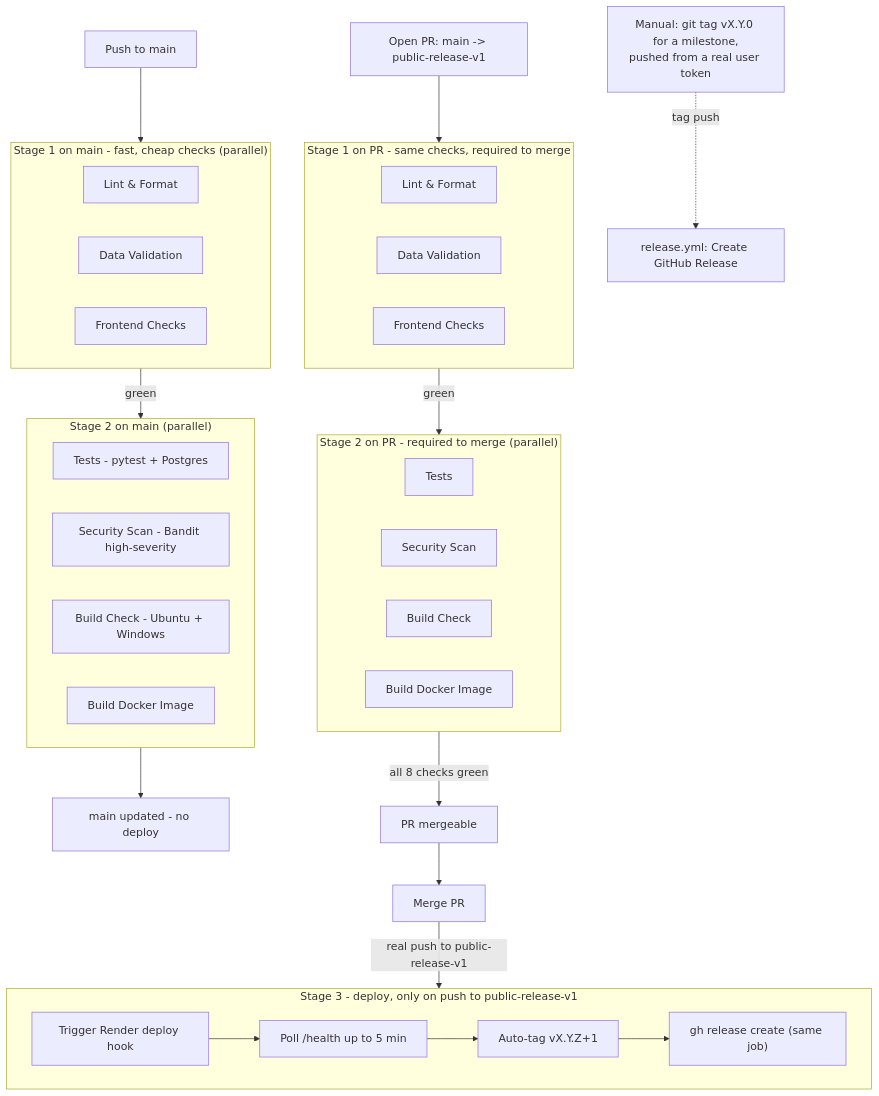
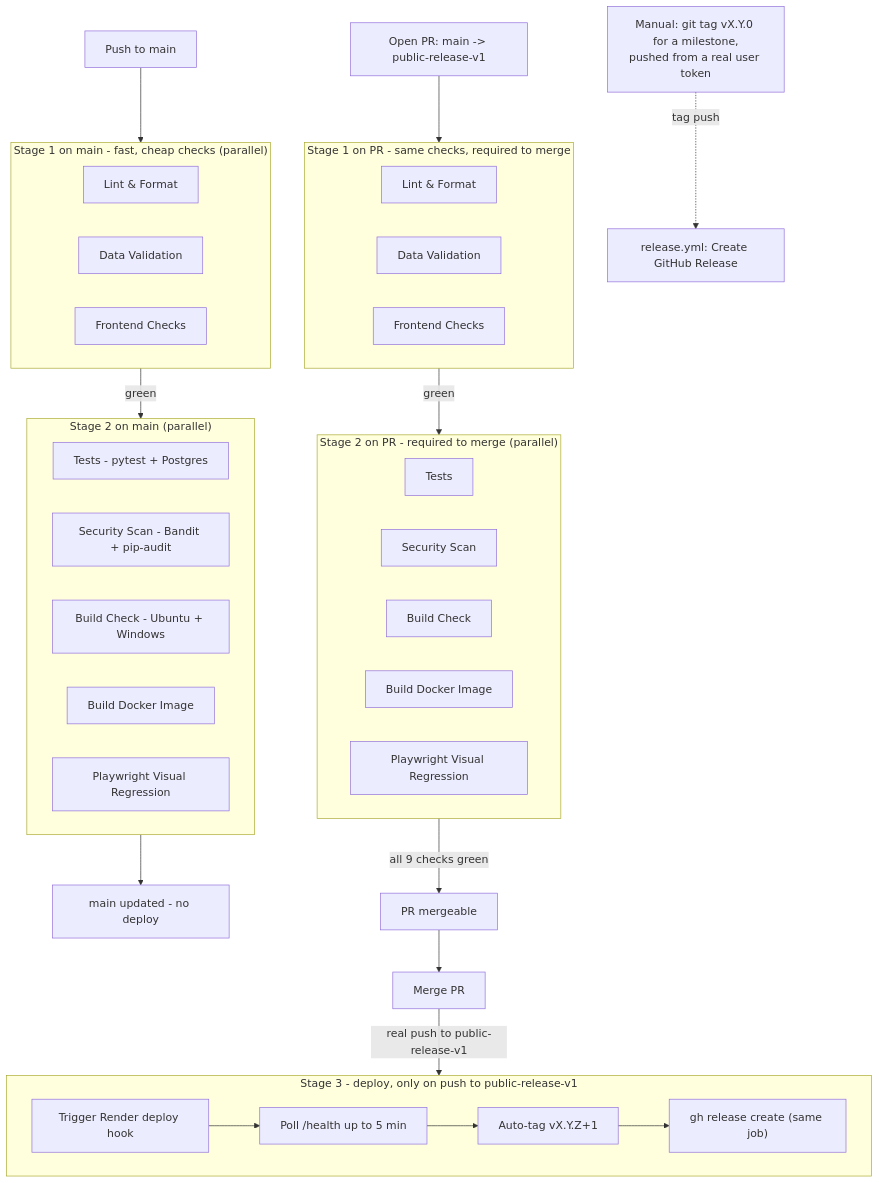
One commit to nobody174/Menu-Planner changed the diagram in docs/CI_CD_PIPELINE.md. Above: the diagram before and after it, drawn with Mermaid. The commit also changed other lines of this file and 12 other files, not shown here.

````diff
--- a/docs/CI_CD_PIPELINE.md
+++ b/docs/CI_CD_PIPELINE.md
@@ -14,50 +17,52 @@
 ```mermaid
 flowchart TD
     pushmain["Push to main"] --> stage1
     openpr["Open PR: main -> public-release-v1"] --> stage1pr
 
     subgraph stage1["Stage 1 on main - fast, cheap checks (parallel)"]
         lint1["Lint & Format"]
         data1["Data Validation"]
         frontend1["Frontend Checks"]
     end
 
     subgraph stage1pr["Stage 1 on PR - same checks, required to merge"]
         lint2["Lint & Format"]
         data2["Data Validation"]
         frontend2["Frontend Checks"]
     end
 
     stage1 -->|green| stage2
     stage1pr -->|green| stage2pr
 
     subgraph stage2["Stage 2 on main (parallel)"]
         tests1["Tests - pytest + Postgres"]
-        security1["Security Scan - Bandit high-severity"]
+        security1["Security Scan - Bandit + pip-audit"]
         build1["Build Check - Ubuntu + Windows"]
         docker1["Build Docker Image"]
+        pw1["Playwright Visual Regression"]
     end
 
     subgraph stage2pr["Stage 2 on PR - required to merge (parallel)"]
         tests2["Tests"]
         security2["Security Scan"]
         build2["Build Check"]
         docker2["Build Docker Image"]
+        pw2["Playwright Visual Regression"]
     end
 
     stage2 --> savedone["main updated - no deploy"]
-    stage2pr -->|all 8 checks green| mergeok["PR mergeable"]
+    stage2pr -->|all 9 checks green| mergeok["PR mergeable"]
 
     mergeok --> merge["Merge PR"]
     merge -->|real push to public-release-v1| stage3
 
     subgraph stage3["Stage 3 - deploy, only on push to public-release-v1"]
         deploy["Trigger Render deploy hook"]
         health["Poll /health up to 5 min"]
         tag["Auto-tag vX.Y.Z+1"]
         ghrelease["gh release create (same job)"]
         deploy --> health --> tag --> ghrelease
     end
 
     manualtag["Manual: git tag vX.Y.0 for a milestone,\npushed from a real user token"] -.->|tag push| release["release.yml: Create GitHub Release"]
 ```
````
